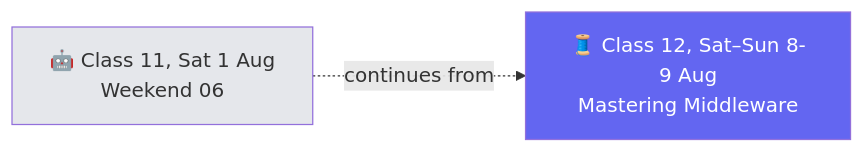
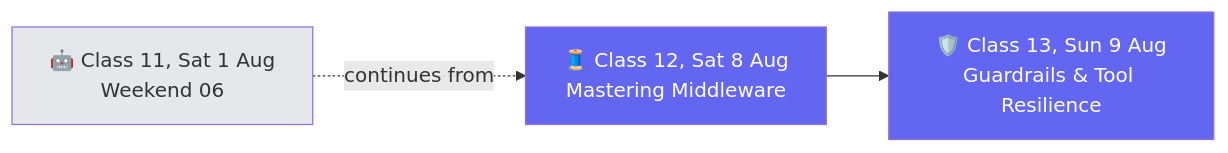
One commit to shiqs90/agent3.0-mcp-live-2026 changed the diagram in Weekend 07 - 8-9 Aug/README.md. Above: the diagram before and after it, drawn with Mermaid. The commit also changed other lines of this file and 14 other files, not shown here.

First line of the commit message:
Add Classes 13-16 (guardrails, custom middleware, runtime/HITL, MCP intro)

````diff
--- a/Weekend 07 - 8-9 Aug/README.md
+++ b/Weekend 07 - 8-9 Aug/README.md
@@ -7,6 +7,8 @@
 ```mermaid
 flowchart LR
-    A["🤖 Class 11, Sat 1 Aug<br/>Weekend 06"] -.continues from.-> B["🧵 Class 12, Sat–Sun 8-9 Aug<br/>Mastering Middleware"]
+    A["🤖 Class 11, Sat 1 Aug<br/>Weekend 06"] -.continues from.-> B["🧵 Class 12, Sat 8 Aug<br/>Mastering Middleware"]
+    B --> C["🛡️ Class 13, Sun 9 Aug<br/>Guardrails & Tool Resilience"]
     style A fill:#e5e7eb
     style B fill:#6366f1,color:#fff
+    style C fill:#6366f1,color:#fff
 ```
````
